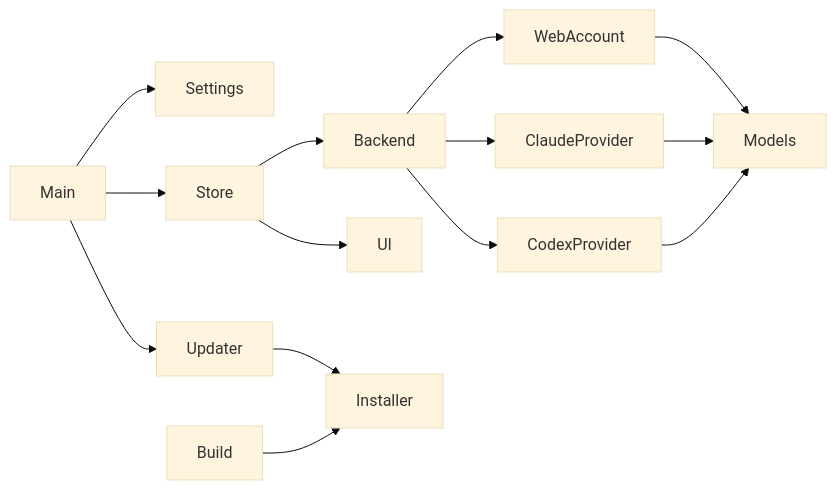
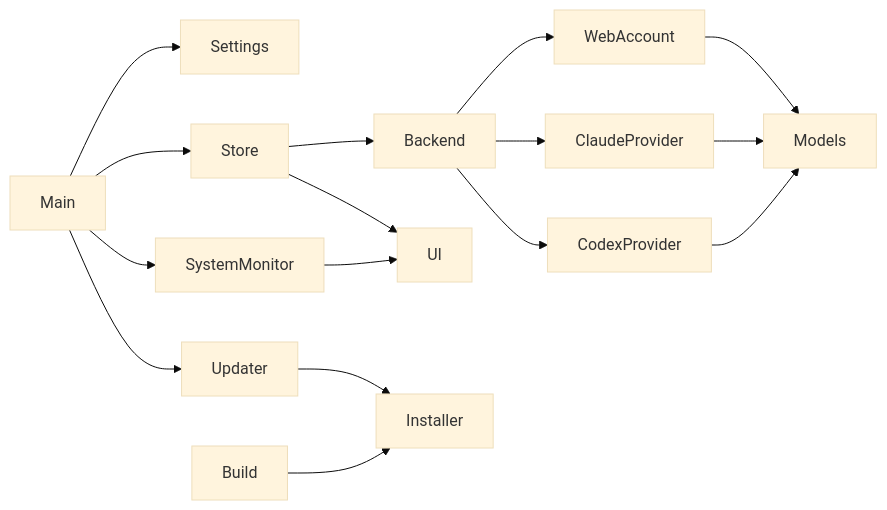
The diagram in docs/architecture.md (seanwoo-personal/ai-usage), drawn with Mermaid (base theme) before and after one commit. The commit also changed other lines of this file and 12 other files, not shown here.

````diff
--- a/docs/architecture.md
+++ b/docs/architecture.md
@@ -7,16 +7,18 @@
 ```mermaid
 flowchart LR
     Main --> Settings
     Main --> Store
     Store --> Backend
     Backend --> WebAccount
     Backend --> ClaudeProvider
     Backend --> CodexProvider
     WebAccount --> Models
     ClaudeProvider --> Models
     CodexProvider --> Models
     Store --> UI
+    Main --> SystemMonitor
+    SystemMonitor --> UI
     Main --> Updater
     Updater --> Installer
     Build --> Installer
 ```
````
